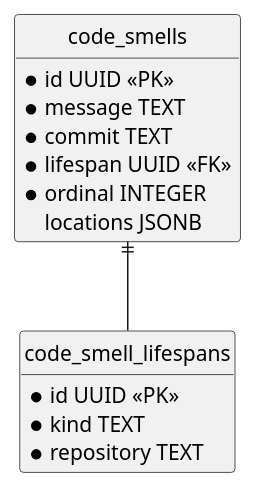
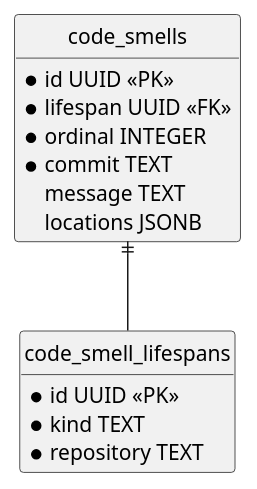
Before and after one commit to felixfbecker/olfaction: the diagram in schema/database.plantuml, drawn with PlantUML. The commit also changed 4 other files, not shown here.

Commit message:
Update diagrams

```diff
--- a/schema/database.plantuml
+++ b/schema/database.plantuml
@@ -1,37 +1,37 @@
 @startuml database
 hide circle
 hide empty members
 
 entity code_smell_lifespans {
   *id UUID <<PK>>
   *kind TEXT
   *repository TEXT
 }
 
 entity code_smells {
   *id UUID <<PK>>
-  *message TEXT
-  *commit TEXT
   *lifespan UUID <<FK>>
   *ordinal INTEGER
+  *commit TEXT
+  message TEXT
   locations JSONB
 }
 
 code_smells ||-- code_smell_lifespans
 
 ' entity file_links {
 '   *from_path TEXT
 '   *from_commit TEXT
 '   *from_start_line INTEGER
 '   *from_end_line INTEGER
 '   *from_start_character INTEGER
 '   *from_end_character INTEGER
 '   *to_path TEXT
 '   *to_commit TEXT
 '   *to_start_line INTEGER
 '   *to_end_line INTEGER
 '   *to_start_character INTEGER
 '   *to_end_character INTEGER
 ' }
 
 @enduml
```
